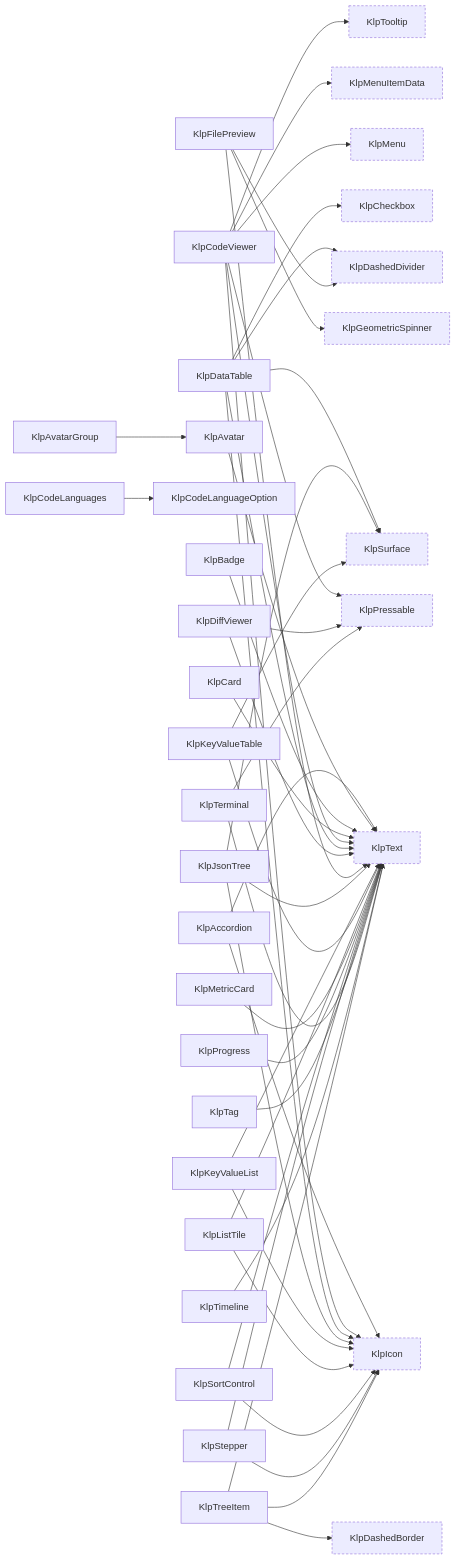
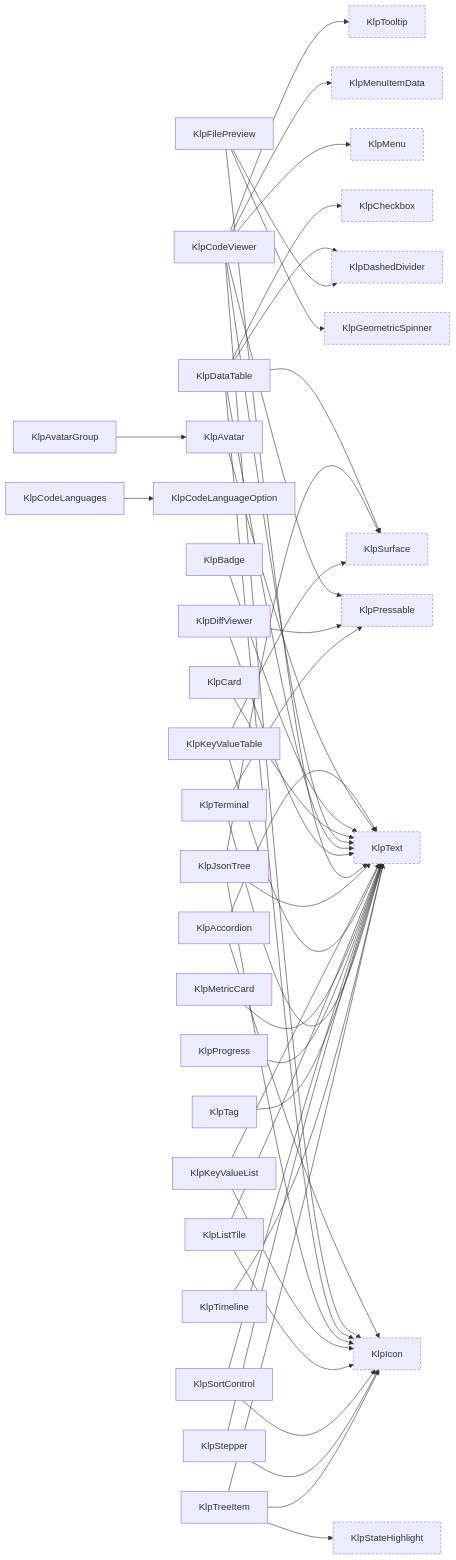
One commit to MiuDog/Kallopis changed the ninth of 17 diagrams in spec/component-inventory.md. Above: the diagram before and after it, drawn with Mermaid. The commit also changed other lines of this file and 73 other files, not shown here.

First line of the commit message:
refactor(interaction): one hover vocabulary, and it is a highlight not a border

````diff
--- a/spec/component-inventory.md
+++ b/spec/component-inventory.md
@@ -541,7 +539,6 @@
   KlpCodeLanguageOption["KlpCodeLanguageOption"]
   KlpCodeLanguages["KlpCodeLanguages"]
   KlpCodeViewer["KlpCodeViewer"]
-  KlpDashedBorder["KlpDashedBorder"]:::external
   KlpDashedDivider["KlpDashedDivider"]:::external
   KlpDataTable["KlpDataTable"]
   KlpDiffViewer["KlpDiffViewer"]
@@ -558,6 +555,7 @@
   KlpPressable["KlpPressable"]:::external
   KlpProgress["KlpProgress"]
   KlpSortControl["KlpSortControl"]
+  KlpStateHighlight["KlpStateHighlight"]:::external
   KlpStepper["KlpStepper"]
   KlpSurface["KlpSurface"]:::external
   KlpTag["KlpTag"]
@@ -608,8 +606,8 @@
   KlpTerminal --> KlpPressable
   KlpTerminal --> KlpText
   KlpTimeline --> KlpText
-  KlpTreeItem --> KlpDashedBorder
   KlpTreeItem --> KlpIcon
+  KlpTreeItem --> KlpStateHighlight
   KlpTreeItem --> KlpText
   classDef external stroke-dasharray: 4 3;
 ```
````
